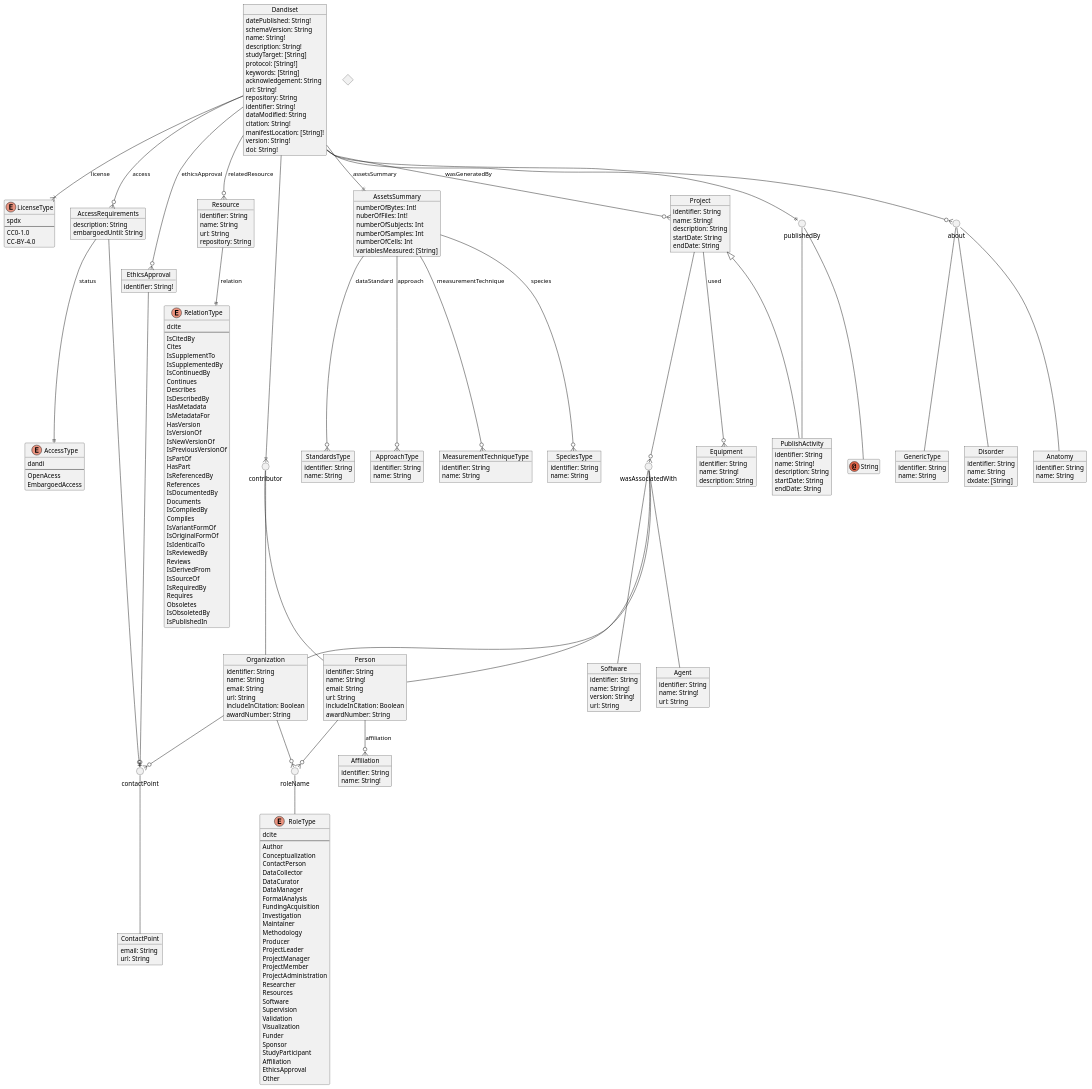
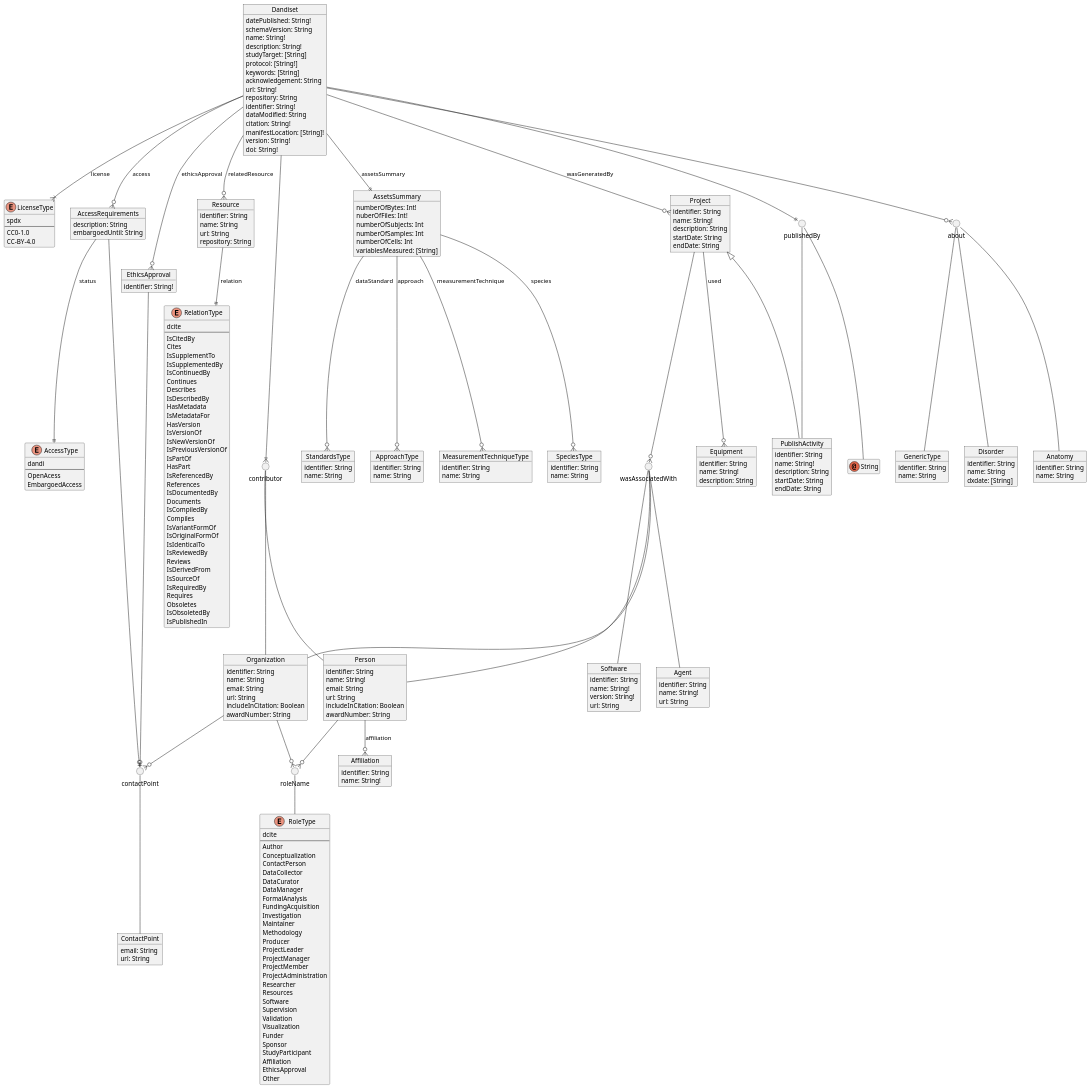
The diagram in design/schema/dandi_published.puml (BICCN/BCDC-Metadata), drawn with PlantUML before and after one commit. The commit also changed 3 other files, not shown here.

Commit message:
Update and re-render dandi published and data wrangling preferred schemas

```diff
--- a/design/schema/dandi_published.puml
+++ b/design/schema/dandi_published.puml
@@ -275,15 +275,9 @@
 
 
 Project <|-- PublishActivity
-diamond foo
-
-'PublishActivity -- foo
-'Project -- foo
 
 circle wasAssociatedWith
 Project --o{ wasAssociatedWith
-'PublishActivity --o{ wasAssociatedWith
-'foo --o{ wasAssociatedWith
 wasAssociatedWith -- Person
 wasAssociatedWith -- Organization
 wasAssociatedWith -- Software
@@ -291,9 +285,6 @@
 
 
 Project --o{ Equipment : used
-'PublishActivity --o{ used
-'foo --o{ Equipment : used
-
 
 AssetsSummary --o{ StandardsType : dataStandard
 AssetsSummary --o{ ApproachType : approach
```
